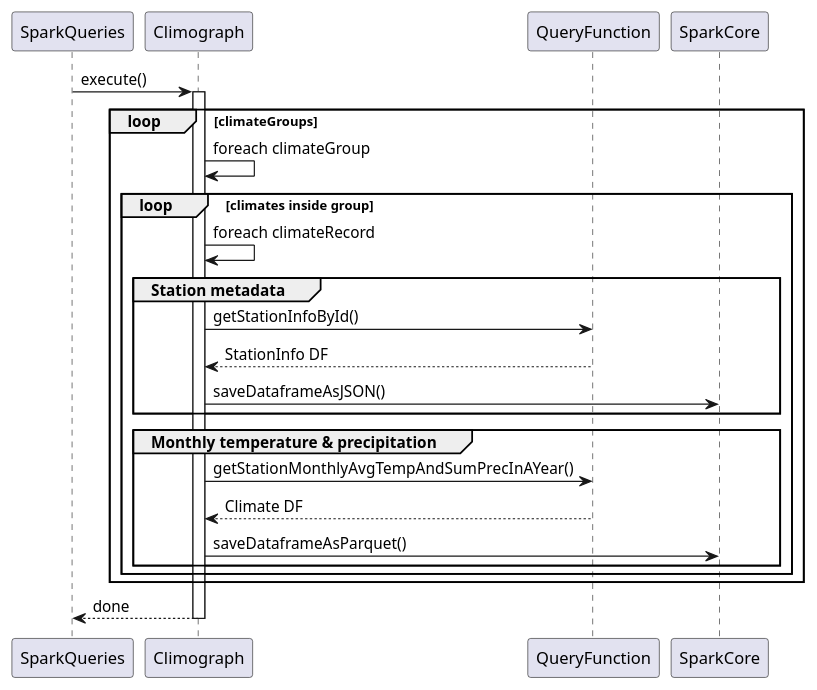
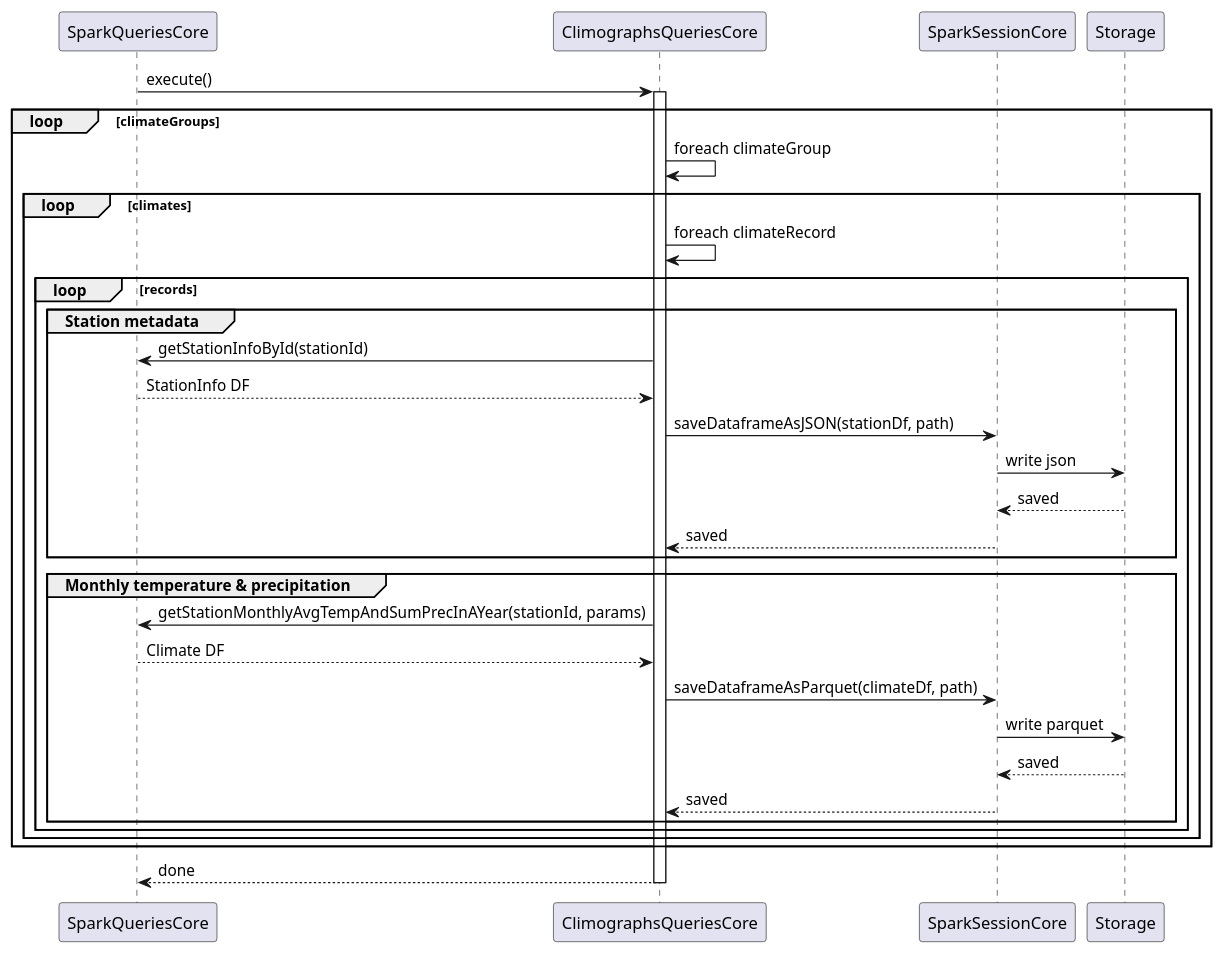
The diagram in big-data-core/documentation/plantuml/spark/climographs_execution.plantuml (cfkr-dev/aemet_spark_study), drawn with PlantUML before and after one commit. The commit also changed 88 other files, not shown here.

Commit message:
Added plantuml diagrams. Regenerated scala documentation.

```diff
--- a/big-data-core/documentation/plantuml/spark/climographs_execution.plantuml
+++ b/big-data-core/documentation/plantuml/spark/climographs_execution.plantuml
@@ -1,34 +1,42 @@
 @startuml
-participant "SparkQueries" as SQ
-participant "Climograph" as CG
-participant "QueryFunction" as QF
-participant "SparkCore" as SC
+participant "SparkQueriesCore" as SPARK_QUERIES_CORE
+participant "ClimographsQueriesCore" as CLIMOGRAPHS_QUERIES_CORE
+participant "SparkSessionCore" as SPARK_SESSION_CORE
+participant "Storage" as STORAGE
 
-SQ -> CG : execute()
-activate CG
+SPARK_QUERIES_CORE -> CLIMOGRAPHS_QUERIES_CORE : execute()
+activate CLIMOGRAPHS_QUERIES_CORE
 
 loop climateGroups
-    CG -> CG : foreach climateGroup
+    CLIMOGRAPHS_QUERIES_CORE -> CLIMOGRAPHS_QUERIES_CORE : foreach climateGroup
 
-    loop climates inside group
-        CG -> CG : foreach climateRecord
+    loop climates
+        CLIMOGRAPHS_QUERIES_CORE -> CLIMOGRAPHS_QUERIES_CORE : foreach climateRecord
 
-        group Station metadata
-            CG -> QF : getStationInfoById()
-            QF --> CG : StationInfo DF
-            CG -> SC : saveDataframeAsJSON()
-        end
+        loop records
+            group Station metadata
+                CLIMOGRAPHS_QUERIES_CORE -> SPARK_QUERIES_CORE : getStationInfoById(stationId)
+                SPARK_QUERIES_CORE --> CLIMOGRAPHS_QUERIES_CORE : StationInfo DF
+                CLIMOGRAPHS_QUERIES_CORE -> SPARK_SESSION_CORE : saveDataframeAsJSON(stationDf, path)
+                SPARK_SESSION_CORE -> STORAGE : write json
+                STORAGE --> SPARK_SESSION_CORE : saved
+                SPARK_SESSION_CORE --> CLIMOGRAPHS_QUERIES_CORE : saved
+            end
 
-        group Monthly temperature & precipitation
-            CG -> QF : getStationMonthlyAvgTempAndSumPrecInAYear()
-            QF --> CG : Climate DF
-            CG -> SC : saveDataframeAsParquet()
+            group Monthly temperature & precipitation
+                CLIMOGRAPHS_QUERIES_CORE -> SPARK_QUERIES_CORE : getStationMonthlyAvgTempAndSumPrecInAYear(stationId, params)
+                SPARK_QUERIES_CORE --> CLIMOGRAPHS_QUERIES_CORE : Climate DF
+                CLIMOGRAPHS_QUERIES_CORE -> SPARK_SESSION_CORE : saveDataframeAsParquet(climateDf, path)
+                SPARK_SESSION_CORE -> STORAGE : write parquet
+                STORAGE --> SPARK_SESSION_CORE : saved
+                SPARK_SESSION_CORE --> CLIMOGRAPHS_QUERIES_CORE : saved
+            end
         end
 
     end
 end
 
-CG --> SQ : done
-deactivate CG
+CLIMOGRAPHS_QUERIES_CORE --> SPARK_QUERIES_CORE : done
+deactivate CLIMOGRAPHS_QUERIES_CORE
 
 @enduml
```
